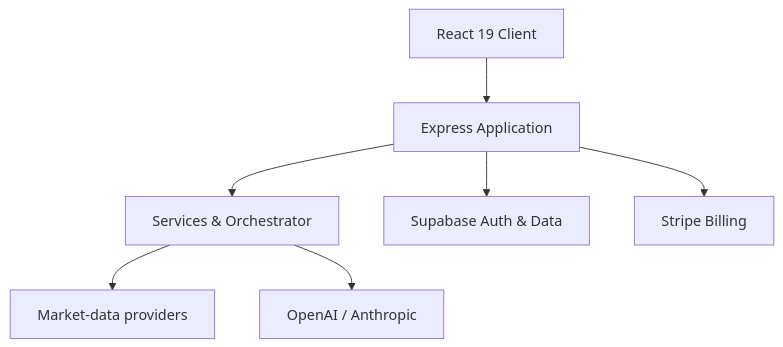
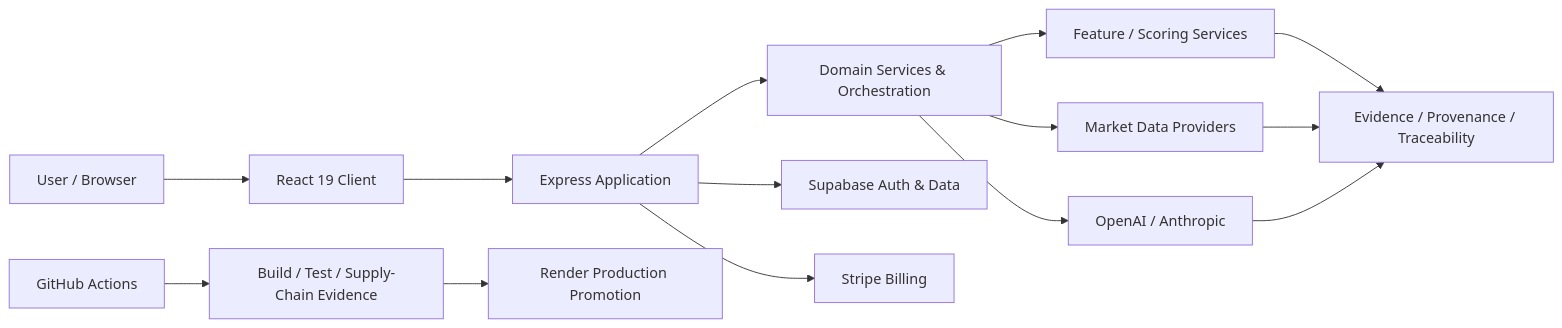
One commit to capital-ai-online/Finance changed the diagram in README.md. Above: the diagram before and after it, drawn with Mermaid. The commit also changed other lines of this file, not shown here.

````diff
--- a/README.md
+++ b/README.md
@@ -24,9 +45,20 @@
 ```mermaid
-flowchart TD
-    UI["React 19 Client"] --> API["Express Application"]
-    API --> ORCH["Services & Orchestrator"]
-    ORCH --> DATA["Market-data providers"]
+flowchart LR
+    USER["User / Browser"] --> UI["React 19 Client"]
+    UI --> API["Express Application"]
+
+    API --> ORCH["Domain Services & Orchestration"]
+    ORCH --> MARKET["Market Data Providers"]
     ORCH --> AI["OpenAI / Anthropic"]
+    ORCH --> SCORE["Feature / Scoring Services"]
+
     API --> AUTH["Supabase Auth & Data"]
     API --> BILLING["Stripe Billing"]
+
+    SCORE --> EVIDENCE["Evidence / Provenance / Traceability"]
+    MARKET --> EVIDENCE
+    AI --> EVIDENCE
+
+    GH["GitHub Actions"] --> BUILD["Build / Test / Supply-Chain Evidence"]
+    BUILD --> RENDER["Render Production Promotion"]
 ```
````
